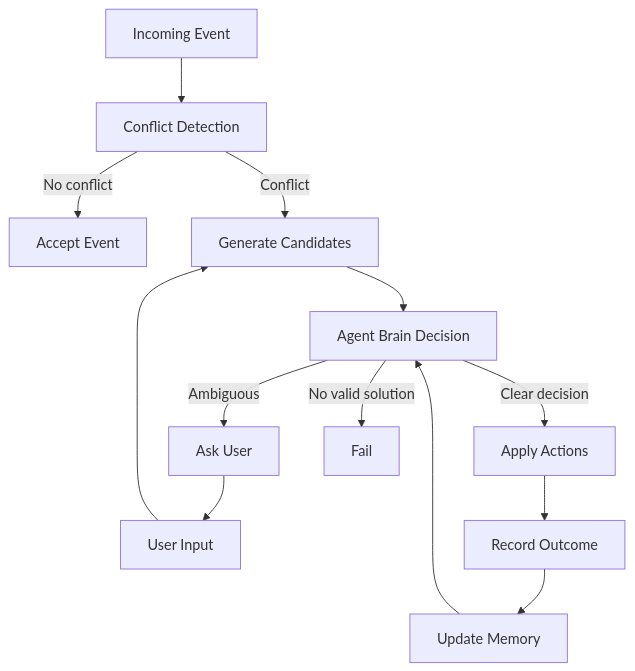
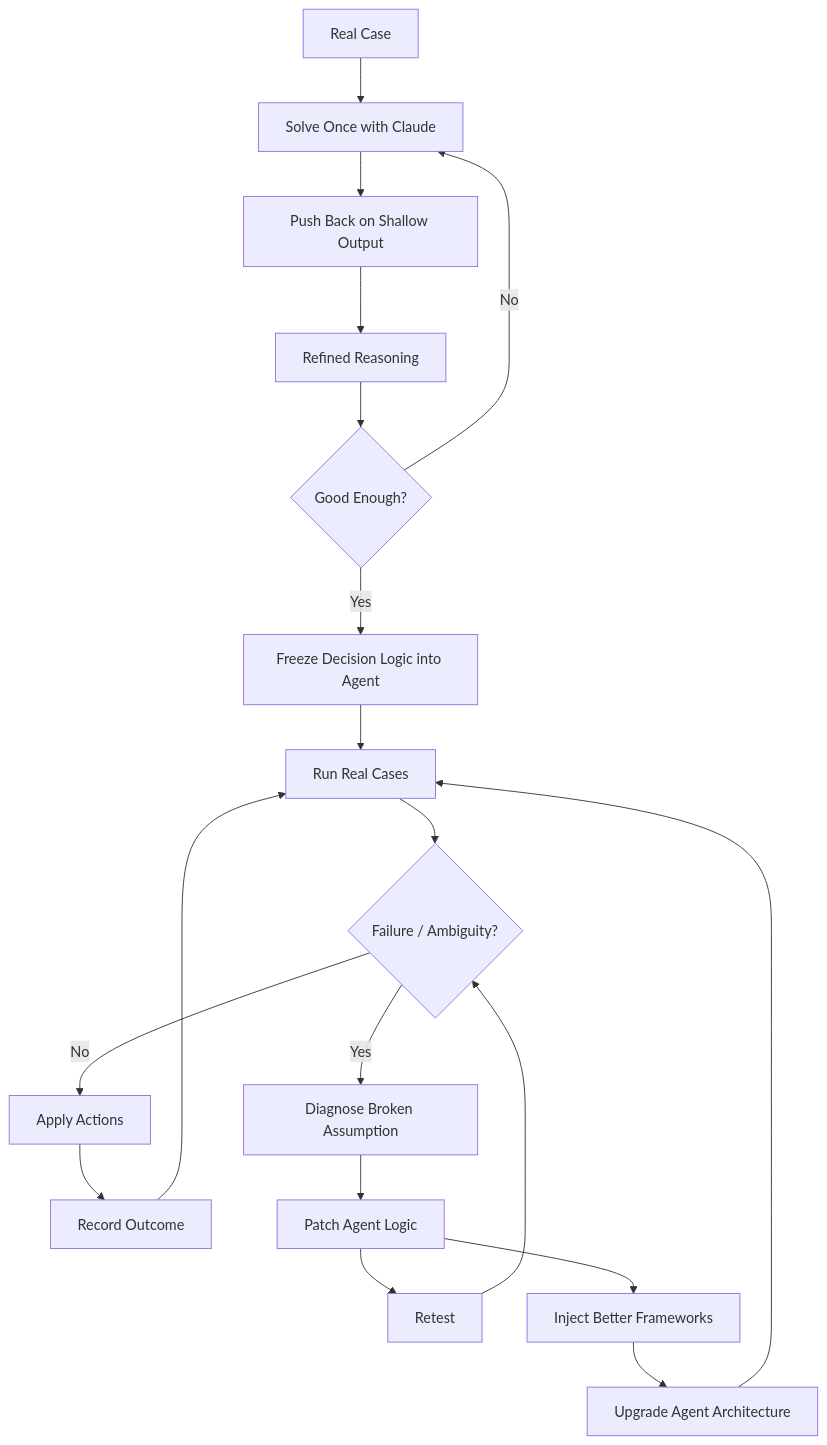
Before and after one commit to alBronko/family-conflict-agent-showcase: the diagram in README.md, drawn with Mermaid.

Commit message:
docs: align README mermaid with article loop
Replace the README flowchart with the process from the full article,
showing the iterative path from one solved case to agent upgrades.

Made-with: Cursor

````diff
--- a/README.md
+++ b/README.md
@@ -22,15 +22,24 @@
 ```mermaid
 flowchart TD
-    A[Incoming Event] --> B[Conflict Detection]
-    B -->|No conflict| Z[Accept Event]
-    B -->|Conflict| C[Generate Candidates]
-    C --> D[Agent Brain Decision]
-    D -->|Clear decision| E[Apply Actions]
-    D -->|Ambiguous| F[Ask User]
-    F --> G[User Input]
-    G --> C
-    D -->|No valid solution| H[Fail]
-    E --> I[Record Outcome]
-    I --> J[Update Memory]
-    J --> D
+    A[Real Case] --> B[Solve Once with Claude]
+    B --> C[Push Back on Shallow Output]
+    C --> D[Refined Reasoning]
+    D --> E{Good Enough?}
+    E -->|No| B
+    E -->|Yes| F[Freeze Decision Logic into Agent]
+
+    F --> G[Run Real Cases]
+    G --> H{Failure / Ambiguity?}
+    H -->|No| I[Apply Actions]
+    I --> J[Record Outcome]
+    J --> G
+
+    H -->|Yes| K[Diagnose Broken Assumption]
+    K --> L[Patch Agent Logic]
+    L --> M[Retest]
+    M --> H
+
+    L --> N[Inject Better Frameworks]
+    N --> O[Upgrade Agent Architecture]
+    O --> G
 ```
````
